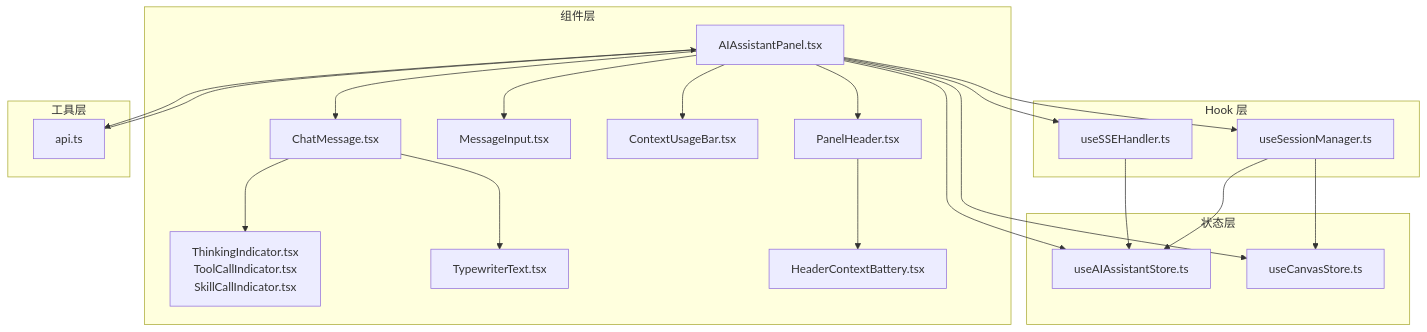
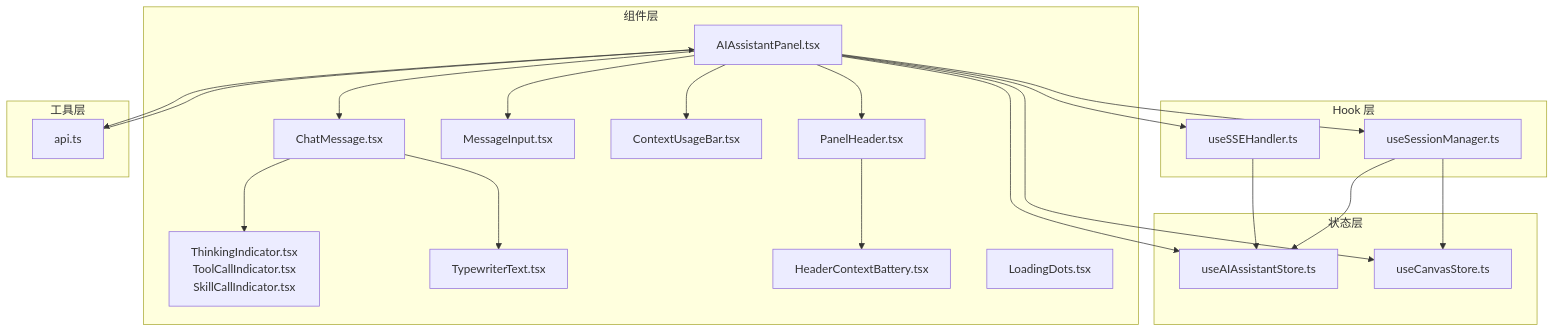
Before and after one commit to KunLabAI/KunFlix: the first of 9 diagrams in .qoder/repowiki/zh/content/前端应用架构/UI组件库/AI助手组件.md, drawn with Mermaid. The commit also changed other lines of this file and 11 other files, not shown here.

````diff
--- a/.qoder/repowiki/zh/content/前端应用架构/UI组件库/AI助手组件.md
+++ b/.qoder/repowiki/zh/content/前端应用架构/UI组件库/AI助手组件.md
@@ -57,40 +60,41 @@
 ```mermaid
 graph TB
 subgraph "组件层"
 Panel["AIAssistantPanel.tsx"]
 Msg["ChatMessage.tsx"]
 Input["MessageInput.tsx"]
 Indicators["ThinkingIndicator.tsx<br/>ToolCallIndicator.tsx<br/>SkillCallIndicator.tsx"]
 Typewriter["TypewriterText.tsx"]
 ContextBar["ContextUsageBar.tsx"]
 Header["PanelHeader.tsx"]
 HeaderContextBattery["HeaderContextBattery.tsx"]
+LoadingDots["LoadingDots.tsx"]
 end
 subgraph "Hook 层"
 SSE["useSSEHandler.ts"]
 Session["useSessionManager.ts"]
 end
 subgraph "状态层"
 Store["useAIAssistantStore.ts"]
 CanvasStore["useCanvasStore.ts"]
 end
 subgraph "工具层"
 API["api.ts"]
 end
 Panel --> Msg
 Panel --> Input
 Panel --> ContextBar
 Panel --> Header
 Header --> HeaderContextBattery
 Panel --> SSE
 Panel --> Session
 Msg --> Typewriter
 Msg --> Indicators
 Panel --> Store
 Panel --> CanvasStore
 Panel --> API
 SSE --> Store
 Session --> Store
 Session --> CanvasStore
 API --> Panel
 ```
````
